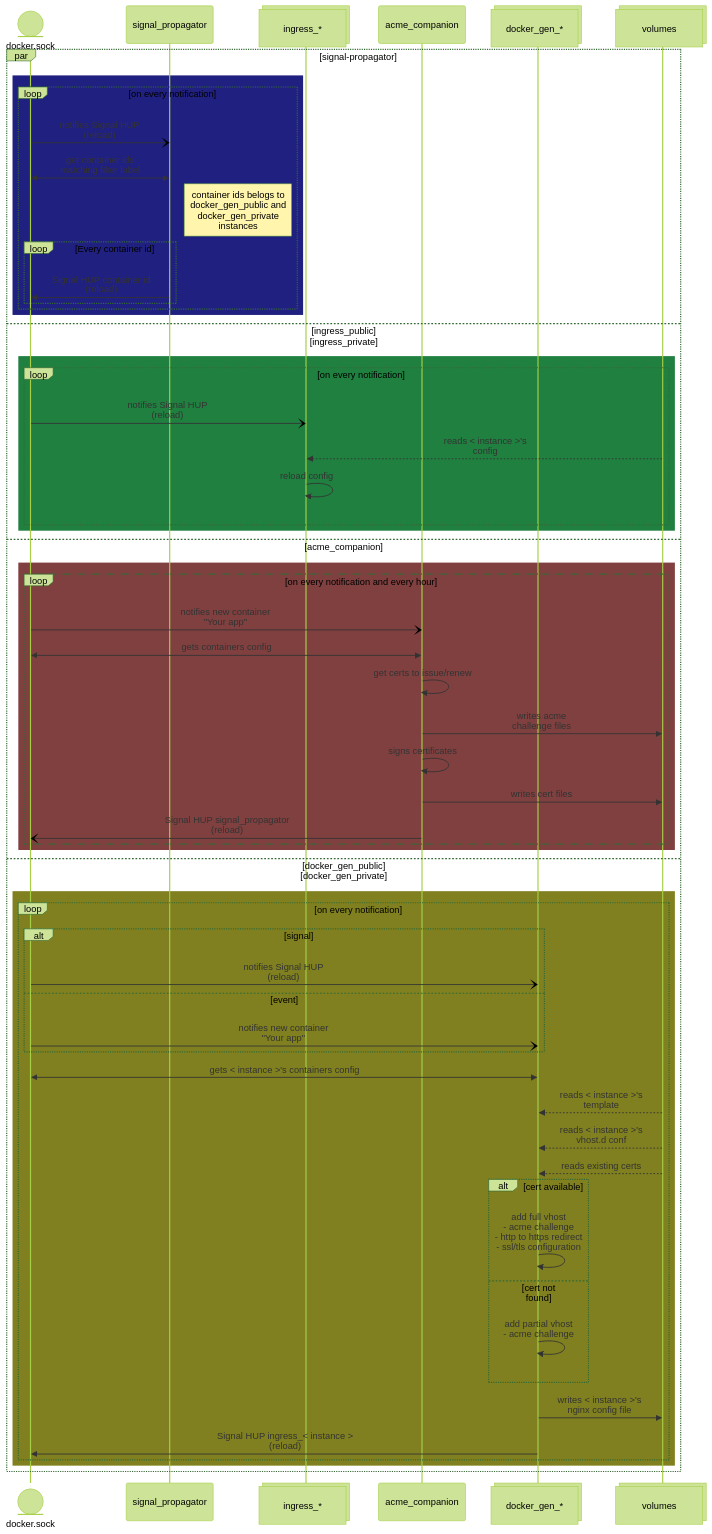
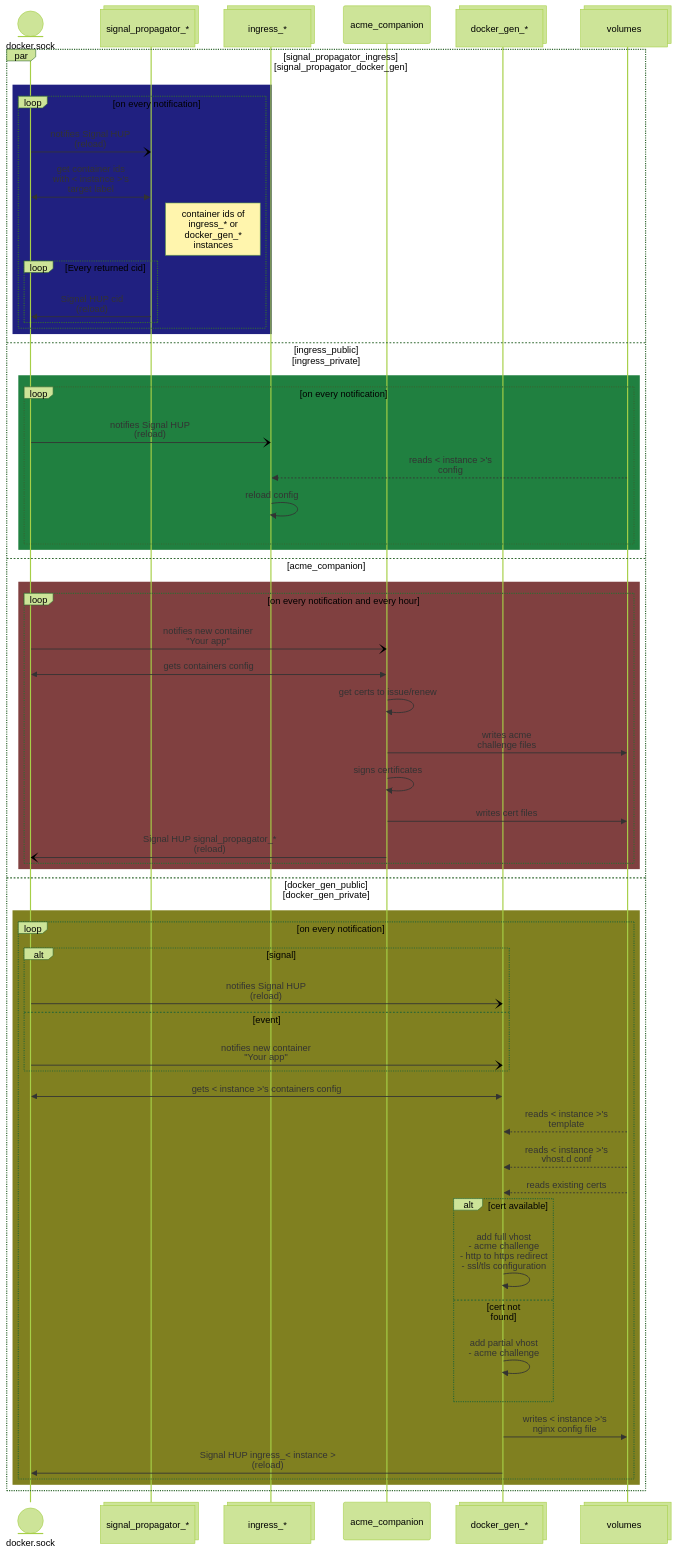
The second of 2 diagrams in docs/how-it-works.md (eorea/nginx-proxy-docker-compose-template), drawn with Mermaid (forest theme) before and after one commit. The commit also changed 3 other files, not shown here.

First line of the commit message:
Refactor signal_propagator usage (#5)

````diff
--- a/docs/how-it-works.md
+++ b/docs/how-it-works.md
@@ -63,64 +63,64 @@
 ```mermaid
 sequenceDiagram
   participant docker.sock@{ "type" : "entity" }
-  participant signal_propagator
+  participant signal_propagator_*@{ "type" : "collections" }
   participant ingress_*@{ "type" : "collections" }
   participant acme_companion
   participant docker_gen_*@{ "type" : "collections" }
   participant volumes@{ "type" : "collections" }
 
-  par signal-propagator
+  par signal_propagator_ingress]<br/>[signal_propagator_docker_gen
     rect rgb(32,32,128)
       loop on every notification
-        docker.sock-)signal_propagator: notifies Signal HUP<br/>(reload)
-        signal_propagator<<->>docker.sock:  get container ids<br/>matching filter label
-        Note right of signal_propagator: container ids belogs to<br/>docker_gen_public and<br/>docker_gen_private<br/>instances
-        loop Every container id
-          signal_propagator->>docker.sock:  Signal HUP container id<br/>(reload)
+        docker.sock-)signal_propagator_*: notifies Signal HUP<br/>(reload)
+        signal_propagator_*<<->>docker.sock:  get container ids<br/>with < instance >'s<br/>target label
+        Note right of signal_propagator_*: container ids of<br/>ingress_* or <br/>docker_gen_*<br/>instances
+        loop Every returned cid
+          signal_propagator_*->>docker.sock:  Signal HUP cid<br/>(reload)
         end
       end
     end
   and ingress_public]<br/>[ingress_private
     rect rgb(32,128,64)
       loop on every notification
         docker.sock-)ingress_*: notifies Signal HUP<br/>(reload)
         volumes-->>ingress_*: reads < instance >'s<br/>config
         ingress_*->>ingress_*: reload config
       end
     end
   and acme_companion
     rect rgb(128,64,64)
       loop on every notification and every hour
         docker.sock-)acme_companion: notifies new container<br/>"Your app"
         acme_companion<<->>docker.sock: gets containers config
         acme_companion->>acme_companion: get certs to issue/renew
         acme_companion->>volumes: writes acme<br/>challenge files
         acme_companion->>acme_companion: signs certificates
         acme_companion->>volumes: writes cert files
-        acme_companion-)docker.sock:  Signal HUP signal_propagator<br/>(reload)
+        acme_companion-)docker.sock:  Signal HUP signal_propagator_*<br/>(reload)
         
       end
     end
   and docker_gen_public]<br/>[docker_gen_private
     rect rgb(128, 128, 32)
       loop on every notification
         alt signal
           docker.sock-)docker_gen_*: notifies Signal HUP<br/>(reload)
         else event
           docker.sock-)docker_gen_*: notifies new container<br/>"Your app"
         end
         docker_gen_*<<->>docker.sock: gets < instance >'s containers config
         volumes-->>docker_gen_*: reads < instance >'s<br/>template
         volumes-->>docker_gen_*: reads < instance >'s<br/>vhost.d conf
         volumes-->>docker_gen_*: reads existing certs
         alt cert available
           docker_gen_*->>docker_gen_*: add full vhost<br/>- acme challenge<br/>- http to https redirect<br/>- ssl/tls configuration
         else cert not found
           docker_gen_*->>docker_gen_*: add partial vhost<br/>- acme challenge
         end
         docker_gen_*->>volumes: writes < instance >'s<br/>nginx config file
         docker_gen_*->>docker.sock: Signal HUP ingress_< instance ><br/>(reload)
       end
     end
   end
 ```
````
